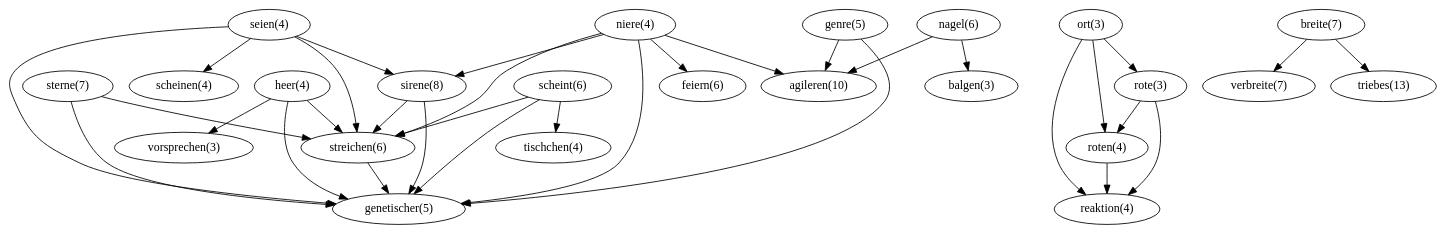
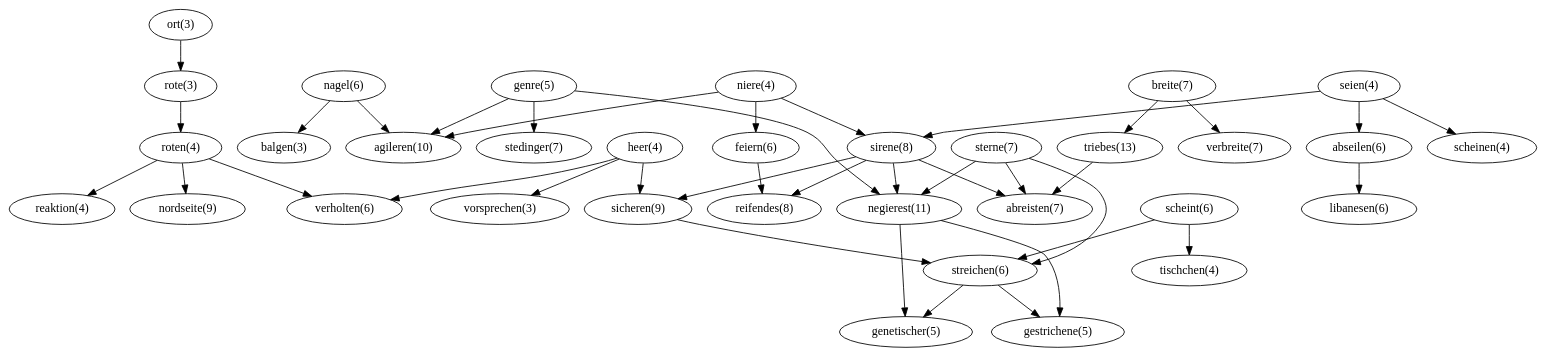
One commit to increpare/Galaktisches_Etymologieforschungsinstitut changed the diagram in output/dot/overlaps_de.dot. Above: the diagram before and after it, drawn with Graphviz. The commit also changed 10 other files, not shown here.

```diff
--- a/output/dot/overlaps_de.dot
+++ b/output/dot/overlaps_de.dot
@@ -1,34 +1,40 @@
 digraph {
-	"genre(5)" -> "genetischer(5)";
 	"genre(5)" -> "agileren(10)";
+	"genre(5)" -> "negierest(11)";
+	"genre(5)" -> "stedinger(7)";
+	"feiern(6)" -> "reifendes(8)";
 	"roten(4)" -> "reaktion(4)";
-	"heer(4)" -> "streichen(6)";
-	"heer(4)" -> "genetischer(5)";
+	"roten(4)" -> "verholten(6)";
+	"roten(4)" -> "nordseite(9)";
 	"heer(4)" -> "vorsprechen(3)";
+	"heer(4)" -> "sicheren(9)";
+	"heer(4)" -> "verholten(6)";
 	"rote(3)" -> "roten(4)";
-	"rote(3)" -> "reaktion(4)";
-	"ort(3)" -> "roten(4)";
 	"ort(3)" -> "rote(3)";
-	"ort(3)" -> "reaktion(4)";
-	"seien(4)" -> "streichen(6)";
 	"seien(4)" -> "sirene(8)";
 	"seien(4)" -> "scheinen(4)";
-	"seien(4)" -> "genetischer(5)";
+	"seien(4)" -> "abseilen(6)";
 	"streichen(6)" -> "genetischer(5)";
-	"sirene(8)" -> "streichen(6)";
-	"sirene(8)" -> "genetischer(5)";
+	"streichen(6)" -> "gestrichene(5)";
+	"sirene(8)" -> "sicheren(9)";
+	"sirene(8)" -> "negierest(11)";
+	"sirene(8)" -> "abreisten(7)";
+	"sirene(8)" -> "reifendes(8)";
 	"scheint(6)" -> "streichen(6)";
-	"scheint(6)" -> "genetischer(5)";
 	"scheint(6)" -> "tischchen(4)";
 	"breite(7)" -> "verbreite(7)";
 	"breite(7)" -> "triebes(13)";
 	"sterne(7)" -> "streichen(6)";
-	"sterne(7)" -> "genetischer(5)";
+	"sterne(7)" -> "negierest(11)";
+	"sterne(7)" -> "abreisten(7)";
 	"nagel(6)" -> "balgen(3)";
 	"nagel(6)" -> "agileren(10)";
 	"niere(4)" -> "feiern(6)";
-	"niere(4)" -> "streichen(6)";
 	"niere(4)" -> "sirene(8)";
-	"niere(4)" -> "genetischer(5)";
 	"niere(4)" -> "agileren(10)";
+	"triebes(13)" -> "abreisten(7)";
+	"sicheren(9)" -> "streichen(6)";
+	"negierest(11)" -> "genetischer(5)";
+	"negierest(11)" -> "gestrichene(5)";
+	"abseilen(6)" -> "libanesen(6)";
 }
```
